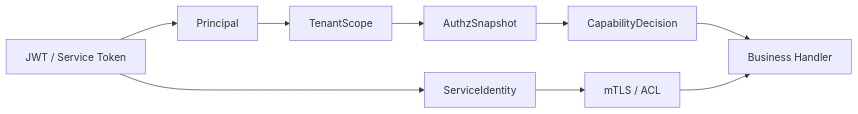
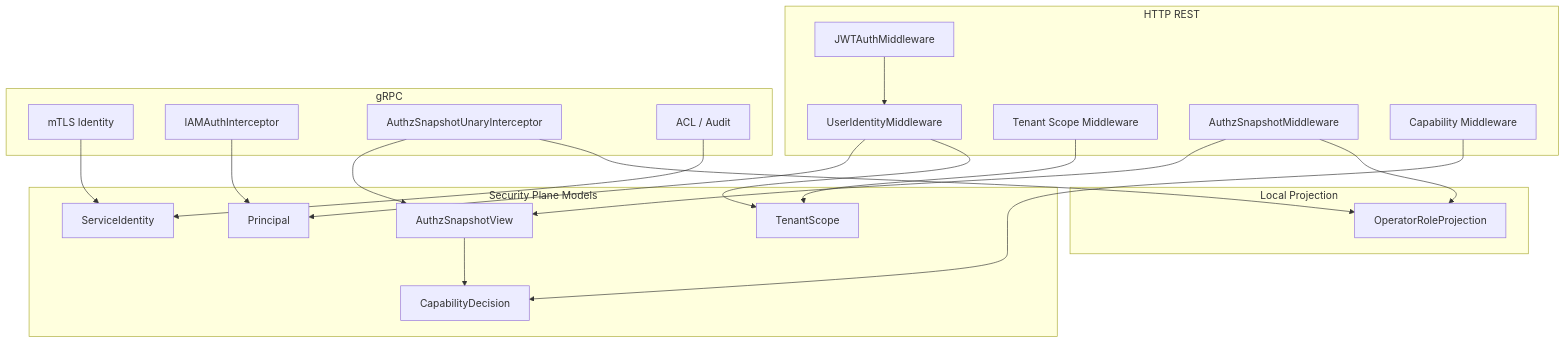
The diagram in docs/03-基础设施/security/README.md (FangcunMount/qs-server), drawn with Mermaid before and after one commit. The commit also changed other lines of this file and 6 other files, not shown here.

````diff
--- a/docs/03-基础设施/security/README.md
+++ b/docs/03-基础设施/security/README.md
@@ -28,20 +206,41 @@
 ```mermaid
-flowchart LR
-    JWT["JWT / Service Token"]
-    Principal["Principal"]
-    Scope["TenantScope"]
-    Snapshot["AuthzSnapshot"]
-    Decision["CapabilityDecision"]
-    Handler["Business Handler"]
-    ServiceID["ServiceIdentity"]
-    ACL["mTLS / ACL"]
+flowchart TB
+    subgraph HTTP["HTTP REST"]
+        jwt["JWTAuthMiddleware"]
+        identity["UserIdentityMiddleware"]
+        scope["Tenant Scope Middleware"]
+        snapshot["AuthzSnapshotMiddleware"]
+        capability["Capability Middleware"]
+    end
 
-    JWT --> Principal
-    Principal --> Scope
-    Scope --> Snapshot
-    Snapshot --> Decision
-    Decision --> Handler
-    JWT --> ServiceID
-    ServiceID --> ACL
-    ACL --> Handler
+    subgraph GRPC["gRPC"]
+        mtls["mTLS Identity"]
+        iam["IAMAuthInterceptor"]
+        grpcSnap["AuthzSnapshotUnaryInterceptor"]
+        acl["ACL / Audit"]
+    end
+
+    subgraph Model["Security Plane Models"]
+        principal["Principal"]
+        tenant["TenantScope"]
+        authz["AuthzSnapshotView"]
+        decision["CapabilityDecision"]
+        service["ServiceIdentity"]
+    end
+
+    subgraph Local["Local Projection"]
+        operator["OperatorRoleProjection"]
+    end
+
+    jwt --> identity --> principal
+    identity --> tenant
+    scope --> tenant
+    snapshot --> authz --> decision
+    capability --> decision
+    mtls --> service
+    iam --> principal
+    grpcSnap --> authz
+    acl --> service
+    snapshot --> operator
+    grpcSnap --> operator
 ```
````
